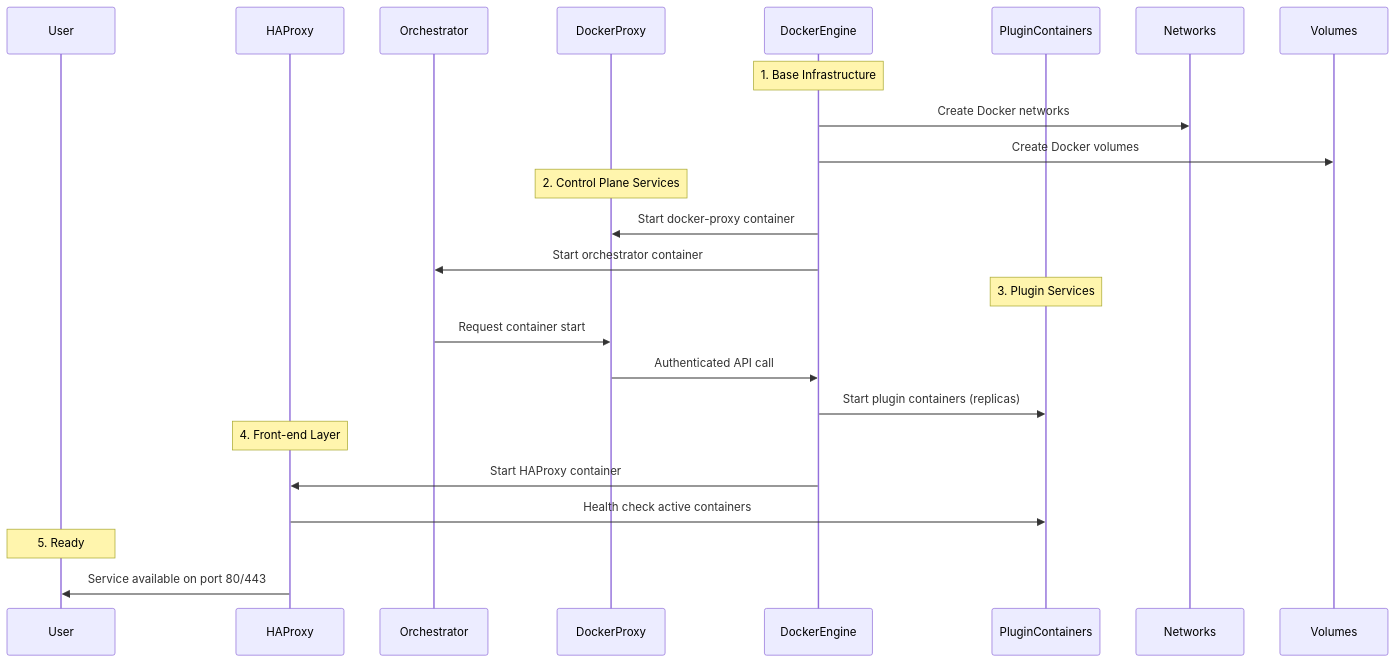
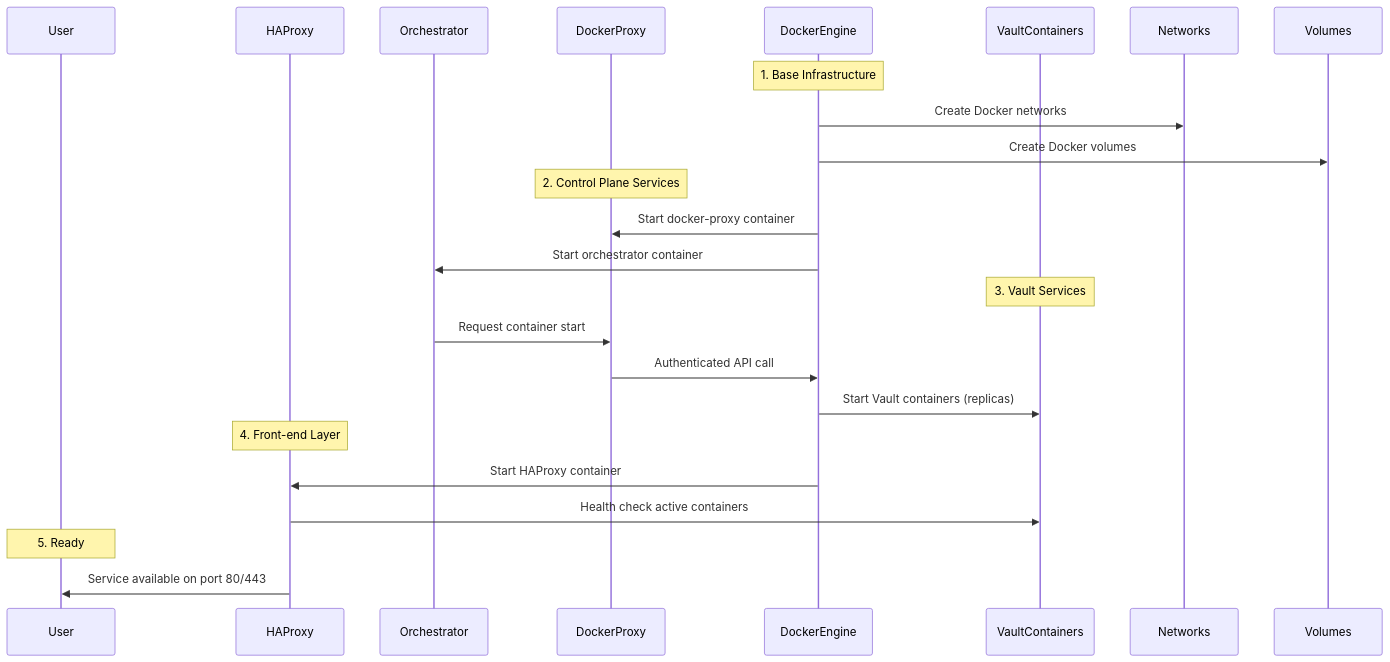
One commit to 3xpyth0n/leyzen-vault changed the second of 4 diagrams in docs/ARCHITECTURE.md. Above: the diagram before and after it, drawn with Mermaid. The commit also changed other lines of this file and 71 other files, not shown here.

````diff
--- a/docs/ARCHITECTURE.md
+++ b/docs/ARCHITECTURE.md
@@ -73,29 +73,29 @@
 ```mermaid
 sequenceDiagram
     participant User
     participant HAProxy
     participant Orchestrator
     participant DockerProxy
     participant DockerEngine
-    participant PluginContainers
+    participant VaultContainers
 
     Note over DockerEngine: 1. Base Infrastructure
     DockerEngine->>Networks: Create Docker networks
     DockerEngine->>Volumes: Create Docker volumes
 
     Note over DockerProxy: 2. Control Plane Services
     DockerEngine->>DockerProxy: Start docker-proxy container
     DockerEngine->>Orchestrator: Start orchestrator container
 
-    Note over PluginContainers: 3. Plugin Services
+    Note over VaultContainers: 3. Vault Services
     Orchestrator->>DockerProxy: Request container start
     DockerProxy->>DockerEngine: Authenticated API call
-    DockerEngine->>PluginContainers: Start plugin containers (replicas)
+    DockerEngine->>VaultContainers: Start Vault containers (replicas)
 
     Note over HAProxy: 4. Front-end Layer
     DockerEngine->>HAProxy: Start HAProxy container
-    HAProxy->>PluginContainers: Health check active containers
+    HAProxy->>VaultContainers: Health check active containers
 
     Note over User: 5. Ready
     HAProxy->>User: Service available on port 80/443
 ```
````
